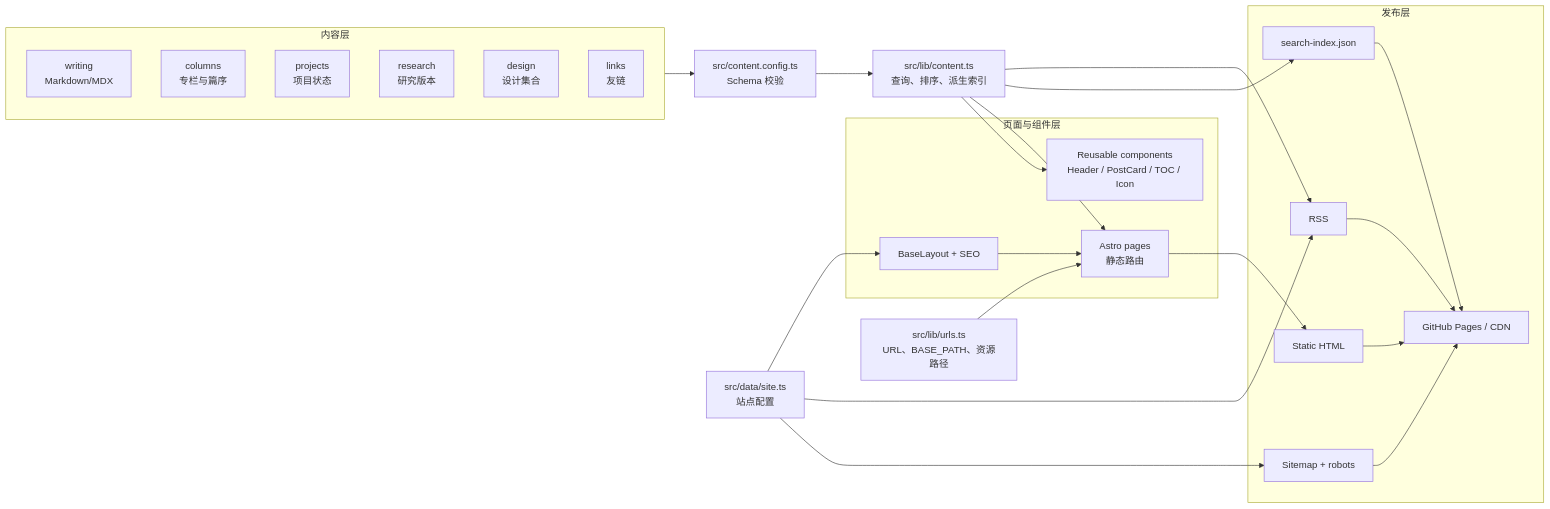
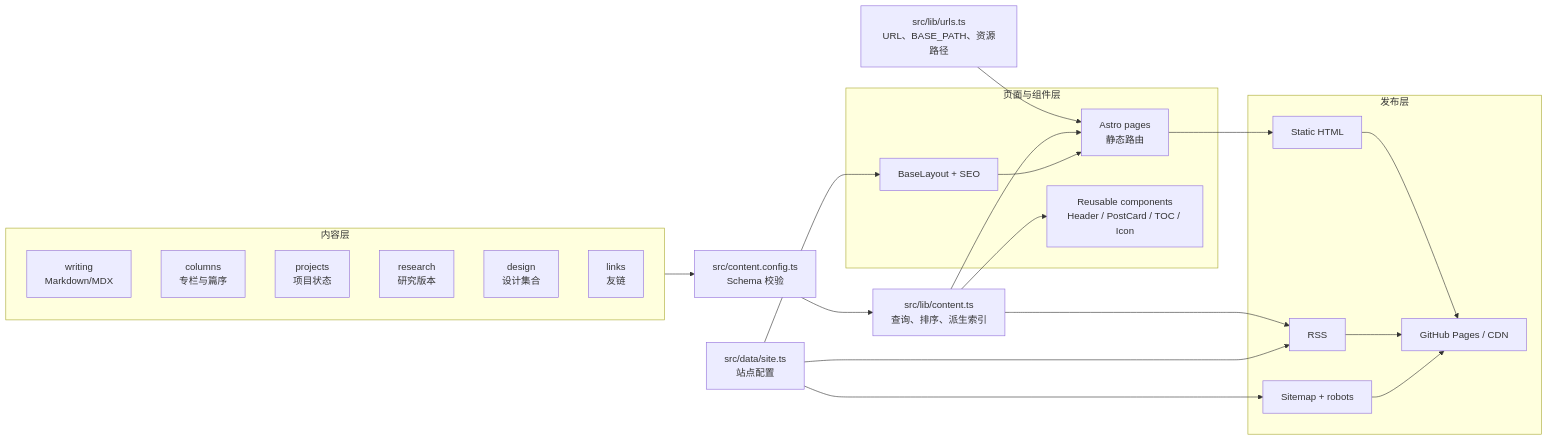
Before and after one commit to Chartreuse310/blog-ctz-v3: the first of 2 diagrams in PROJECT.md, drawn with Mermaid. The commit also changed other lines of this file and 29 other files, not shown here.

````diff
--- a/PROJECT.md
+++ b/PROJECT.md
@@ -121,46 +91,43 @@
 ```mermaid
 flowchart LR
   subgraph Content[内容层]
     W[writing\nMarkdown/MDX]
     C[columns\n专栏与篇序]
     P[projects\n项目状态]
     R[research\n研究版本]
     G[design\n设计集合]
     L[links\n友链]
   end
 
   S[src/content.config.ts\nSchema 校验]
   Q[src/lib/content.ts\n查询、排序、派生索引]
   D[src/data/site.ts\n站点配置]
   U[src/lib/urls.ts\nURL、BASE_PATH、资源路径]
 
   subgraph UI[页面与组件层]
     Layout[BaseLayout + SEO]
     Pages[Astro pages\n静态路由]
     Components[Reusable components\nHeader / PostCard / TOC / Icon]
   end
 
   subgraph Publish[发布层]
     HTML[Static HTML]
     Feed[RSS]
     Map[Sitemap + robots]
-    Search[search-index.json]
     GH[GitHub Pages / CDN]
   end
 
   Content --> S --> Q
   D --> Layout
   U --> Pages
   Q --> Pages
   Q --> Components
   Layout --> Pages
   Pages --> HTML
   Q --> Feed
   D --> Feed
   D --> Map
-  Q --> Search
   HTML --> GH
   Feed --> GH
   Map --> GH
-  Search --> GH
 ```
````
